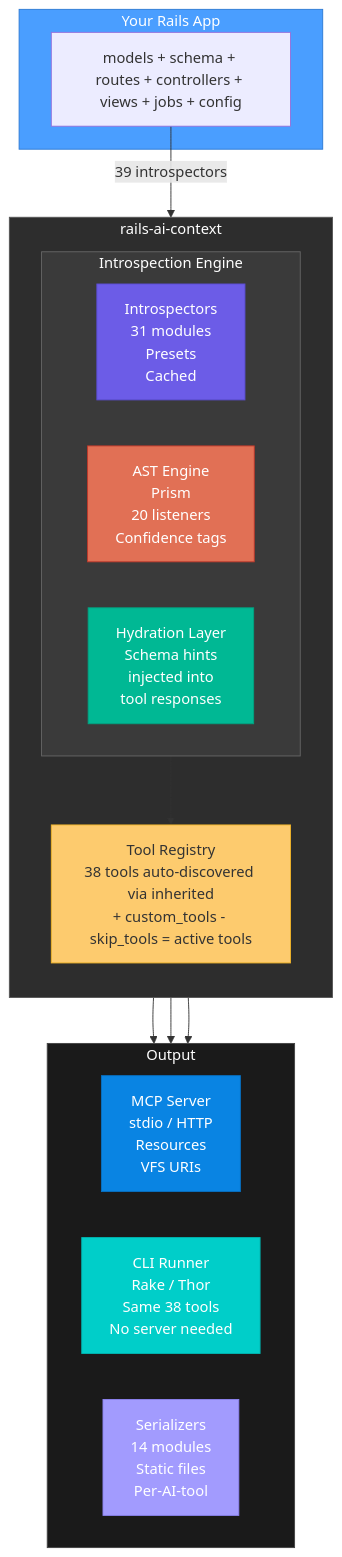
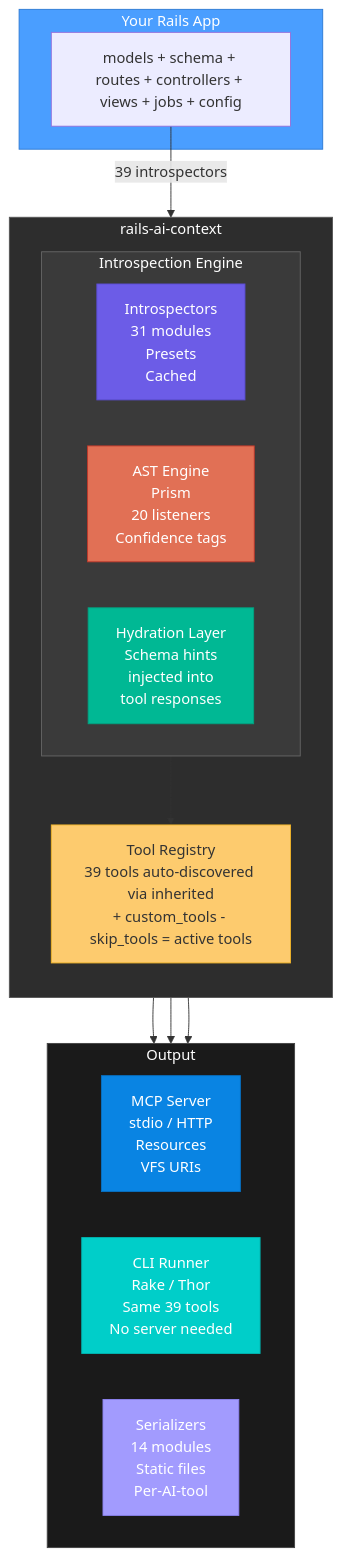
One commit to crisnahine/rails-ai-context changed the first of 3 diagrams in docs/ARCHITECTURE.md. Above: the diagram before and after it, drawn with Mermaid. The commit also changed other lines of this file and 21 other files, not shown here.

````diff
--- a/docs/ARCHITECTURE.md
+++ b/docs/ARCHITECTURE.md
@@ -15,44 +15,44 @@
 ```mermaid
 graph TD
     subgraph app["Your Rails App"]
         A["models + schema + routes + controllers + views + jobs + config"]
     end
 
     A -->|"39 introspectors"| gem
 
     subgraph gem["rails-ai-context"]
         direction TB
 
         subgraph engine["Introspection Engine"]
             direction LR
             I["Introspectors\n31 modules\nPresets\nCached"]
             AST["AST Engine\nPrism\n20 listeners\nConfidence tags"]
             H["Hydration Layer\nSchema hints\ninjected into\ntool responses"]
         end
 
-        engine --> R["Tool Registry\n38 tools auto-discovered via inherited\n+ custom_tools - skip_tools = active tools"]
+        engine --> R["Tool Registry\n39 tools auto-discovered via inherited\n+ custom_tools - skip_tools = active tools"]
     end
 
     R --> MCP
     R --> CLI
     R --> S
 
     subgraph outputs["Output"]
         direction LR
         MCP["MCP Server\nstdio / HTTP\nResources\nVFS URIs"]
-        CLI["CLI Runner\nRake / Thor\nSame 38 tools\nNo server needed"]
+        CLI["CLI Runner\nRake / Thor\nSame 39 tools\nNo server needed"]
         S["Serializers\n14 modules\nStatic files\nPer-AI-tool"]
     end
 
     style app fill:#4a9eff,stroke:#2d7ad4,color:#fff
     style gem fill:#2d2d2d,stroke:#555,color:#fff
     style engine fill:#3a3a3a,stroke:#666,color:#fff
     style outputs fill:#1a1a1a,stroke:#444,color:#fff
     style I fill:#6c5ce7,stroke:#5a4bd1,color:#fff
     style AST fill:#e17055,stroke:#c0392b,color:#fff
     style H fill:#00b894,stroke:#00a381,color:#fff
     style R fill:#fdcb6e,stroke:#f0b429,color:#333
     style MCP fill:#0984e3,stroke:#0770c2,color:#fff
     style CLI fill:#00cec9,stroke:#00b5b0,color:#fff
     style S fill:#a29bfe,stroke:#8c83f0,color:#fff
 ```
````
